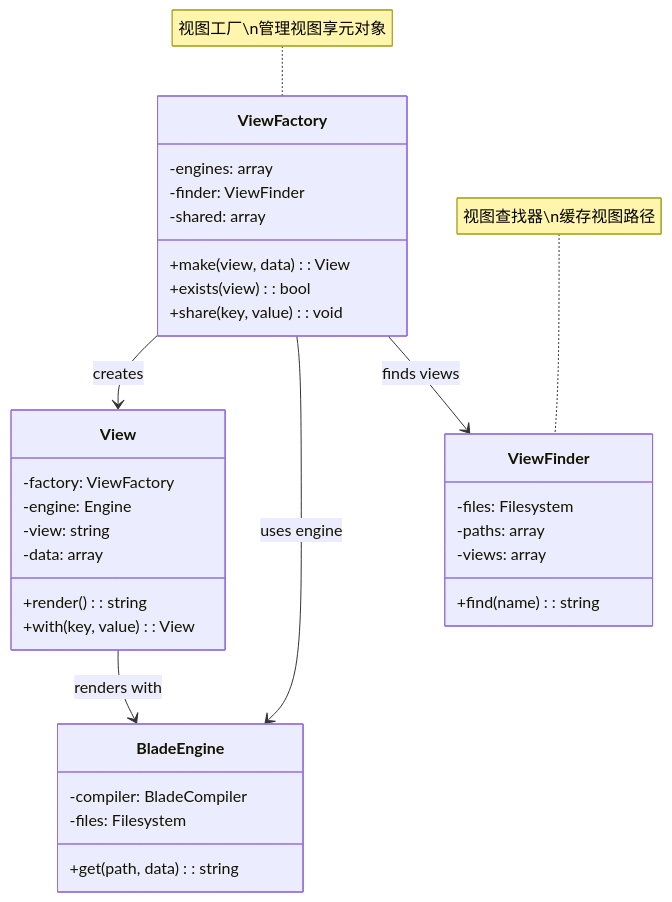
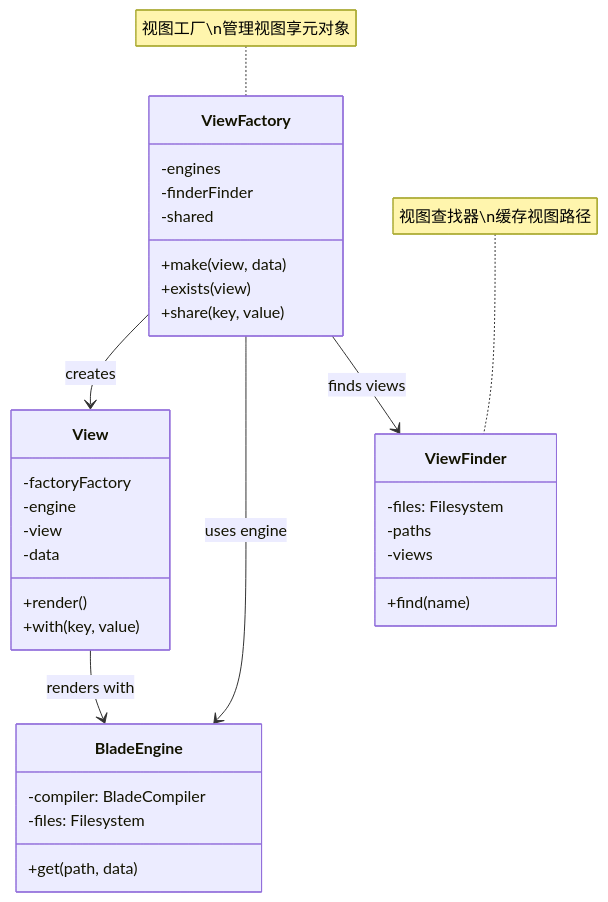
Before and after one commit to fanly/DesignPattern: the fourth of 4 diagrams in resources/design-patterns/laravel/structural/flyweight_zh.md, drawn with Mermaid. The commit also changed other lines of this file and 103 other files, not shown here.

````diff
--- a/resources/design-patterns/laravel/structural/flyweight_zh.md
+++ b/resources/design-patterns/laravel/structural/flyweight_zh.md
@@ -116,41 +116,41 @@
 ```mermaid
 classDiagram
     class ViewFactory {
-        -engines: array
-        -finder: ViewFinder
-        -shared: array
-        +make(view, data): View
-        +exists(view): bool
-        +share(key, value): void
+        -engines
+        -finderFinder
+        -shared
+        +make(view, data)
+        +exists(view)
+        +share(key, value)
     }
     
     class View {
-        -factory: ViewFactory
-        -engine: Engine
-        -view: string
-        -data: array
-        +render(): string
-        +with(key, value): View
+        -factoryFactory
+        -engine
+        -view
+        -data
+        +render()
+        +with(key, value)
     }
     
     class BladeEngine {
         -compiler: BladeCompiler
         -files: Filesystem
-        +get(path, data): string
+        +get(path, data)
     }
     
     class ViewFinder {
         -files: Filesystem
-        -paths: array
-        -views: array
-        +find(name): string
+        -paths
+        -views
+        +find(name)
     }
     
     ViewFactory --> ViewFinder : finds views
     ViewFactory --> BladeEngine : uses engine
     ViewFactory --> View : creates
     View --> BladeEngine : renders with
     
     note for ViewFactory "视图工厂\n管理视图享元对象"
     note for ViewFinder "视图查找器\n缓存视图路径"
 ```
````
